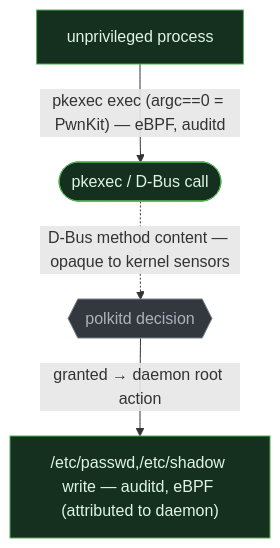
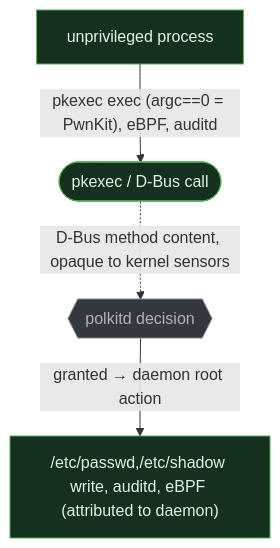
The second of 4 diagrams in src/privilege-escalation/02-polkit-authz.md (iimp0ster/os-internals-de-guide), drawn with Mermaid before and after one commit. The commit also changed other lines of this file and 53 other files, not shown here.

````diff
--- a/src/privilege-escalation/02-polkit-authz.md
+++ b/src/privilege-escalation/02-polkit-authz.md
@@ -69,8 +60,8 @@
 ```mermaid
 flowchart TB
-    P["unprivileged process"]:::seen -->|"pkexec exec (argc==0 = PwnKit) — eBPF, auditd"| K(["pkexec / D-Bus call"]):::seen
-    K -.->|"D-Bus method content — opaque to kernel sensors"| M{{"polkitd decision"}}:::blind
-    M -->|"granted → daemon root action"| A["/etc/passwd,/etc/shadow write — auditd, eBPF (attributed to daemon)"]:::seen
+    P["unprivileged process"]:::seen -->|"pkexec exec (argc==0 = PwnKit), eBPF, auditd"| K(["pkexec / D-Bus call"]):::seen
+    K -.->|"D-Bus method content, opaque to kernel sensors"| M{{"polkitd decision"}}:::blind
+    M -->|"granted → daemon root action"| A["/etc/passwd,/etc/shadow write, auditd, eBPF (attributed to daemon)"]:::seen
     classDef seen fill:#15301f,stroke:#4caf50,color:#dff5e4;
     classDef blind fill:#33383f,stroke:#7a828c,color:#aab2bc;
 ```
````
